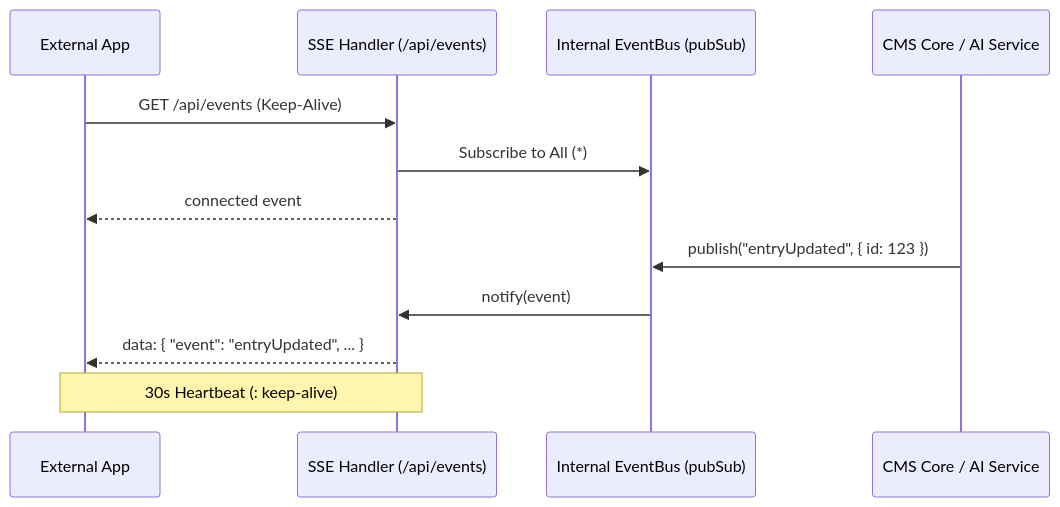
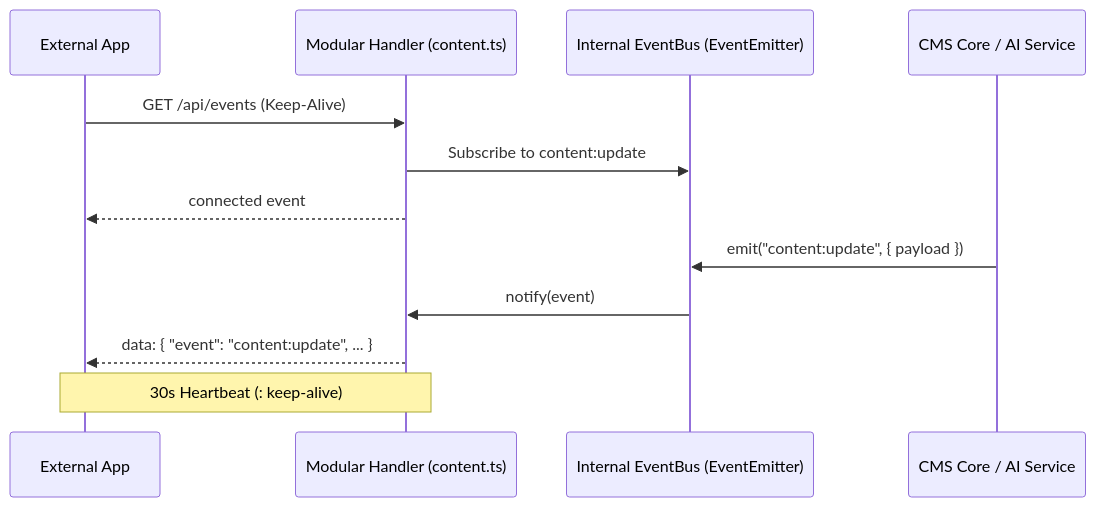
Before and after one commit to SveltyCMS/SveltyCMS: the diagram in docs/api/real-time-events-api.mdx, drawn with Mermaid. The commit also changed other lines of this file and 51 other files, not shown here.

Commit message:
feat(perf): April 2026 Enterprise Performance Overhaul - Optimized Hook/GraphQL and Unified Benchmark Matrix

````diff
--- a/docs/api/real-time-events-api.mdx
+++ b/docs/api/real-time-events-api.mdx
@@ -77,17 +77,17 @@
 ```mermaid
 sequenceDiagram
     participant App as External App
-    participant SSE as SSE Handler (/api/events)
-    participant Bus as Internal EventBus (pubSub)
+    participant SSE as Modular Handler (content.ts)
+    participant Bus as Internal EventBus (EventEmitter)
     participant Core as CMS Core / AI Service
 
     App->>SSE: GET /api/events (Keep-Alive)
-    SSE->>Bus: Subscribe to All (*)
+    SSE->>Bus: Subscribe to content:update
     SSE-->>App: connected event
 
-    Core->>Bus: publish("entryUpdated", { id: 123 })
+    Core->>Bus: emit("content:update", { payload })
     Bus->>SSE: notify(event)
-    SSE-->>App: data: { "event": "entryUpdated", ... }
+    SSE-->>App: data: { "event": "content:update", ... }
 
     Note over SSE, App: 30s Heartbeat (: keep-alive)
 ```
````
